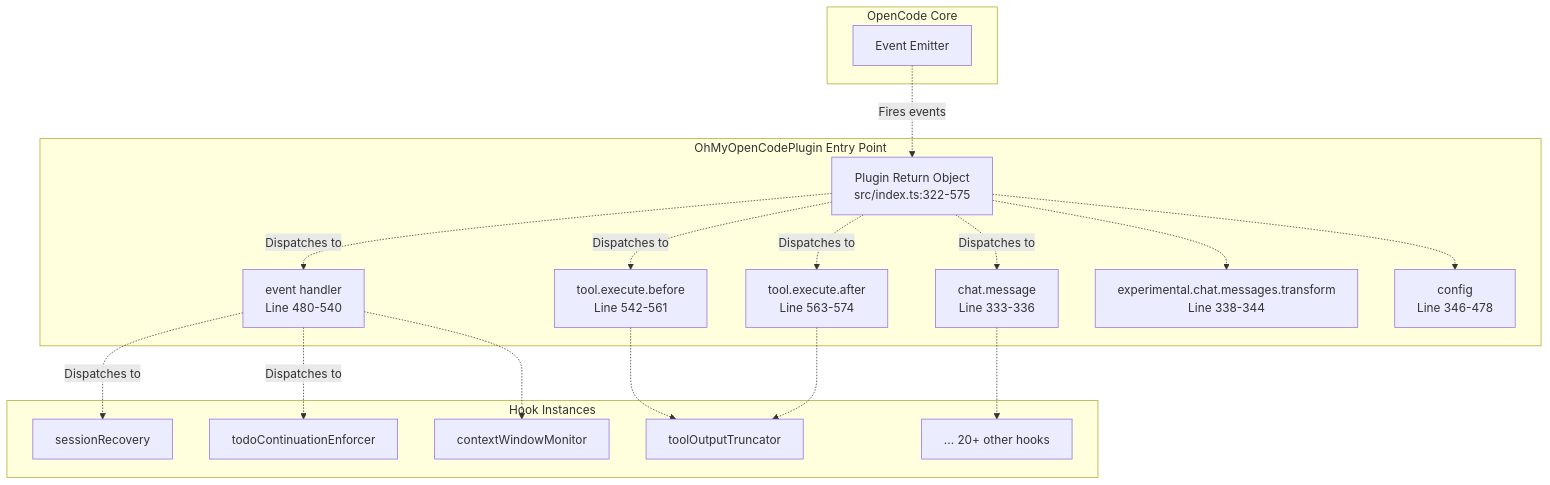
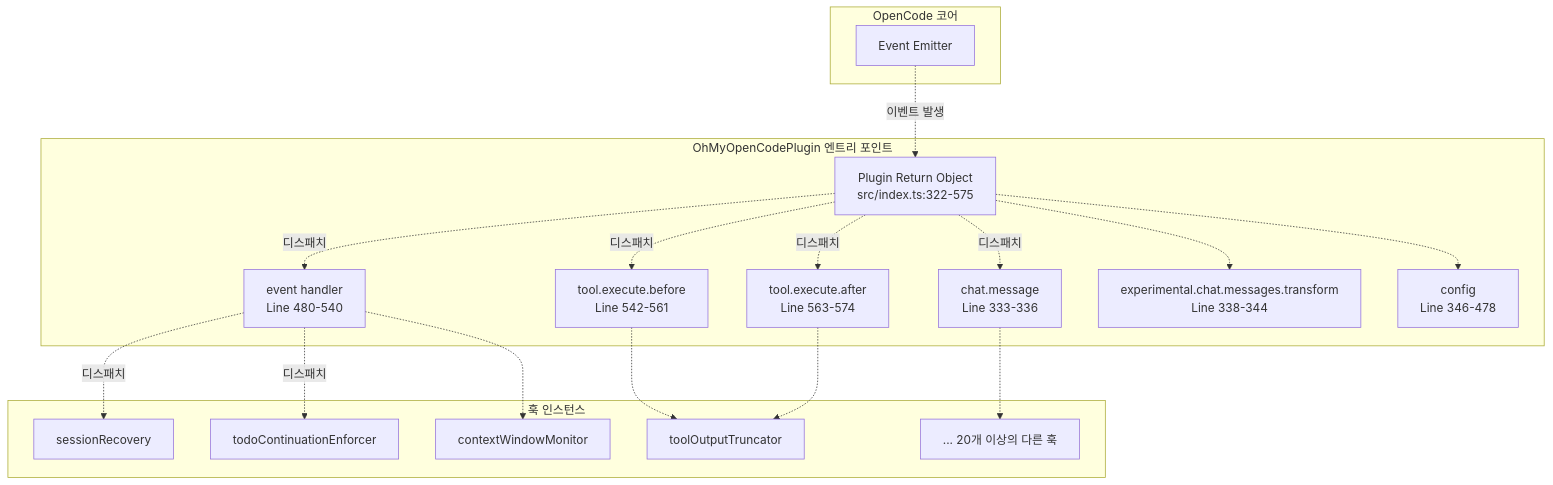
One commit to felipetruman/oh-my-opencode-docs changed the first of 11 diagrams in docs/architecture/event-handling.md. Above: the diagram before and after it, drawn with Mermaid. The commit also changed other lines of this file and 76 other files, not shown here.

````diff
--- a/docs/architecture/event-handling.md
+++ b/docs/architecture/event-handling.md
@@ -32,53 +32,53 @@
 ```mermaid
 flowchart TD
 
 EventEmitter["Event Emitter"]
 PluginReturn["Plugin Return Object<br>src/index.ts:322-575"]
 EventHandler["event handler<br>Line 480-540"]
 ToolBefore["tool.execute.before<br>Line 542-561"]
 ToolAfter["tool.execute.after<br>Line 563-574"]
 ChatMessage["chat.message<br>Line 333-336"]
 MessagesTransform["experimental.chat.messages.transform<br>Line 338-344"]
 ConfigHandler["config<br>Line 346-478"]
 SessionRecovery["sessionRecovery"]
 TodoContinuation["todoContinuationEnforcer"]
 ContextMonitor["contextWindowMonitor"]
 ToolTruncator["toolOutputTruncator"]
-Others["... 20+ other hooks"]
+Others["... 20개 이상의 다른 훅"]
 
-EventEmitter -.->|"Fires events"| PluginReturn
-EventHandler -.->|"Dispatches to"| SessionRecovery
-EventHandler -.->|"Dispatches to"| TodoContinuation
+EventEmitter -.->|"이벤트 발생"| PluginReturn
+EventHandler -.->|"디스패치"| SessionRecovery
+EventHandler -.->|"디스패치"| TodoContinuation
 EventHandler -.-> ContextMonitor
 ToolBefore -.-> ToolTruncator
 ToolAfter -.-> ToolTruncator
 ChatMessage -.-> Others
 
-subgraph subGraph2 ["Hook Instances"]
+subgraph subGraph2 ["훅 인스턴스"]
     SessionRecovery
     TodoContinuation
     ContextMonitor
     ToolTruncator
     Others
 end
 
-subgraph subGraph1 ["OhMyOpenCodePlugin Entry Point"]
+subgraph subGraph1 ["OhMyOpenCodePlugin 엔트리 포인트"]
     PluginReturn
     EventHandler
     ToolBefore
     ToolAfter
     ChatMessage
     MessagesTransform
     ConfigHandler
-    PluginReturn -.->|"Dispatches to"| EventHandler
-    PluginReturn -.->|"Dispatches to"| ToolBefore
-    PluginReturn -.->|"Dispatches to"| ToolAfter
-    PluginReturn -.->|"Dispatches to"| ChatMessage
+    PluginReturn -.->|"디스패치"| EventHandler
+    PluginReturn -.->|"디스패치"| ToolBefore
+    PluginReturn -.->|"디스패치"| ToolAfter
+    PluginReturn -.->|"디스패치"| ChatMessage
     PluginReturn -.-> MessagesTransform
     PluginReturn -.-> ConfigHandler
 end
 
-subgraph subGraph0 ["OpenCode Core"]
+subgraph subGraph0 ["OpenCode 코어"]
     EventEmitter
 end
 ```
````
